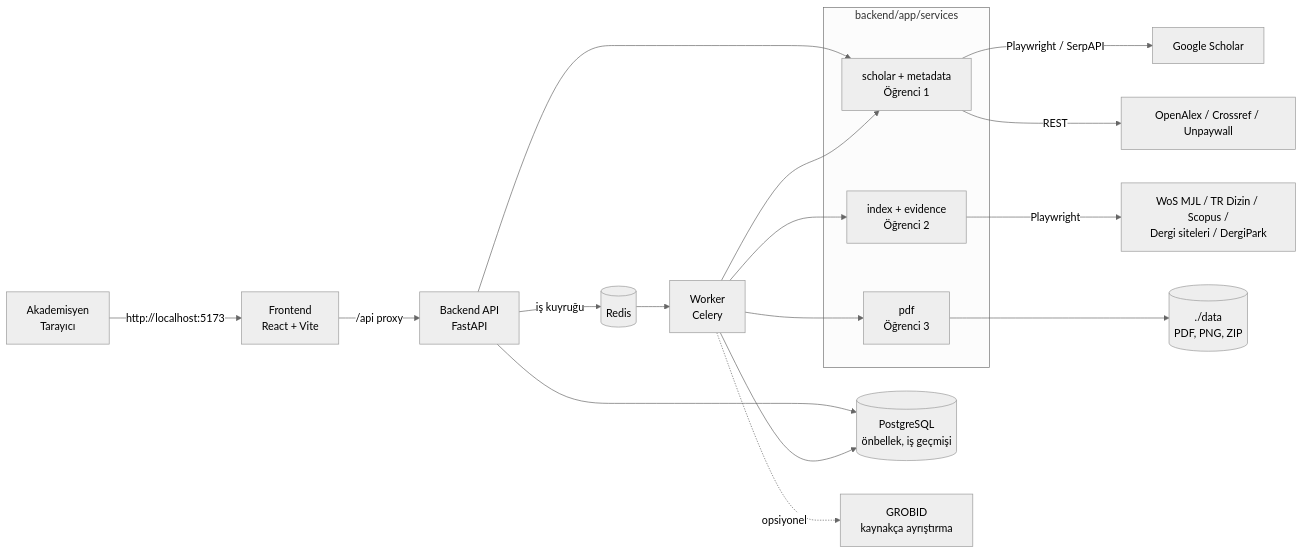
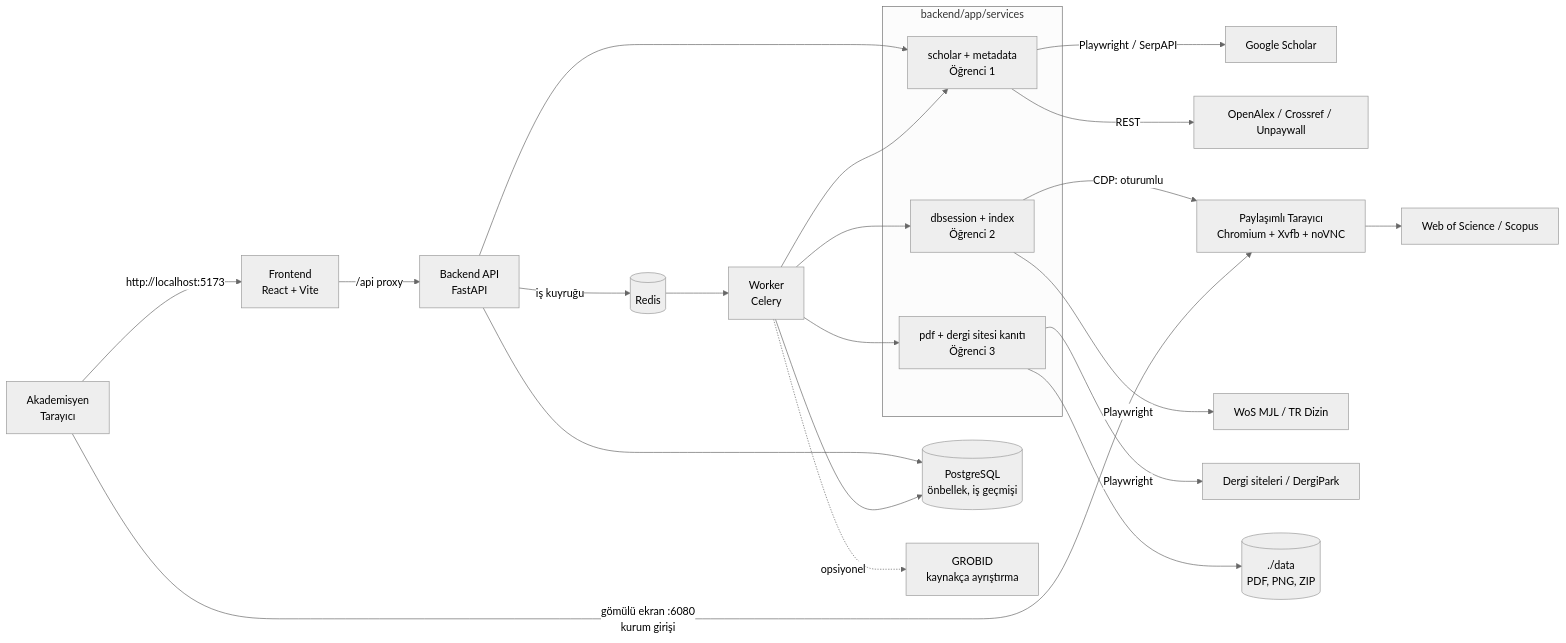
The diagram in GOREV_DAGILIMI.md (furkanatlan/Akademik-Tesvik-Basvuru-Sureclerinin-Akilli-Otomasyonu), drawn with Mermaid (neutral theme) before and after one commit. The commit also changed other lines of this file and 30 other files, not shown here.

First line of the commit message:
WoS/Scopus girişi için gömülü tarayıcı, bildiri kuralının netleştirilmesi

````diff
--- a/GOREV_DAGILIMI.md
+++ b/GOREV_DAGILIMI.md
@@ -110,21 +134,25 @@
 ```mermaid
 flowchart LR
     U[Akademisyen<br/>Tarayıcı] -->|http://localhost:5173| FE[Frontend<br/>React + Vite]
     FE -->|/api proxy| API[Backend API<br/>FastAPI]
     API -->|iş kuyruğu| R[(Redis)]
     R --> W[Worker<br/>Celery]
     API --> DB[(PostgreSQL<br/>önbellek, iş geçmişi)]
     W --> DB
     subgraph Servisler [backend/app/services]
       S1[scholar + metadata<br/>Öğrenci 1]
-      S2[index + evidence<br/>Öğrenci 2]
-      S3[pdf<br/>Öğrenci 3]
+      S2[dbsession + index<br/>Öğrenci 2]
+      S3[pdf + dergi sitesi kanıtı<br/>Öğrenci 3]
     end
     API --> S1
     W --> S1 & S2 & S3
     S1 -->|Playwright / SerpAPI| GS[Google Scholar]
     S1 -->|REST| OA[OpenAlex / Crossref / Unpaywall]
-    S2 -->|Playwright| IX[WoS MJL / TR Dizin / Scopus /<br/>Dergi siteleri / DergiPark]
+    S2 -->|CDP: oturumlu| BR[Paylaşımlı Tarayıcı<br/>Chromium + Xvfb + noVNC]
+    U -->|gömülü ekran :6080<br/>kurum girişi| BR
+    BR --> WS[Web of Science / Scopus]
+    S2 -->|Playwright| IX[WoS MJL / TR Dizin]
+    S3 -->|Playwright| JS[Dergi siteleri / DergiPark]
     S3 --> FS[(./data<br/>PDF, PNG, ZIP)]
     W -.opsiyonel.-> GR[GROBID<br/>kaynakça ayrıştırma]
 ```
````
